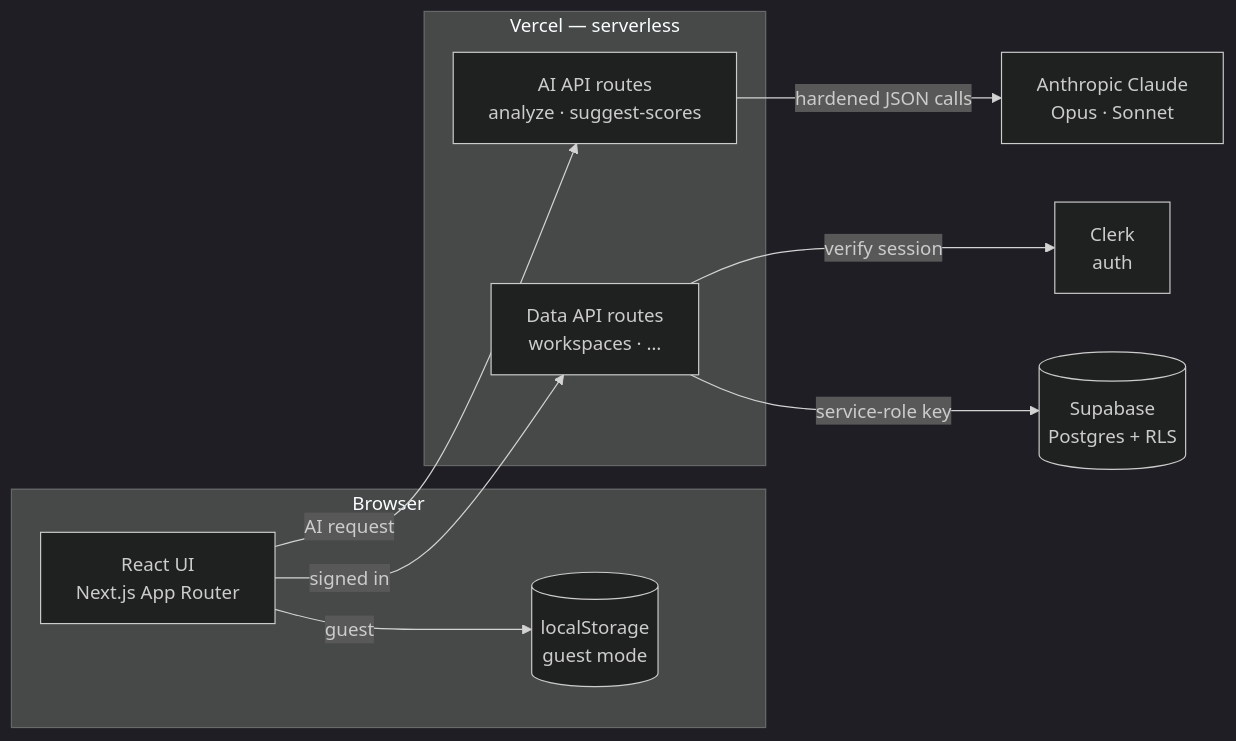
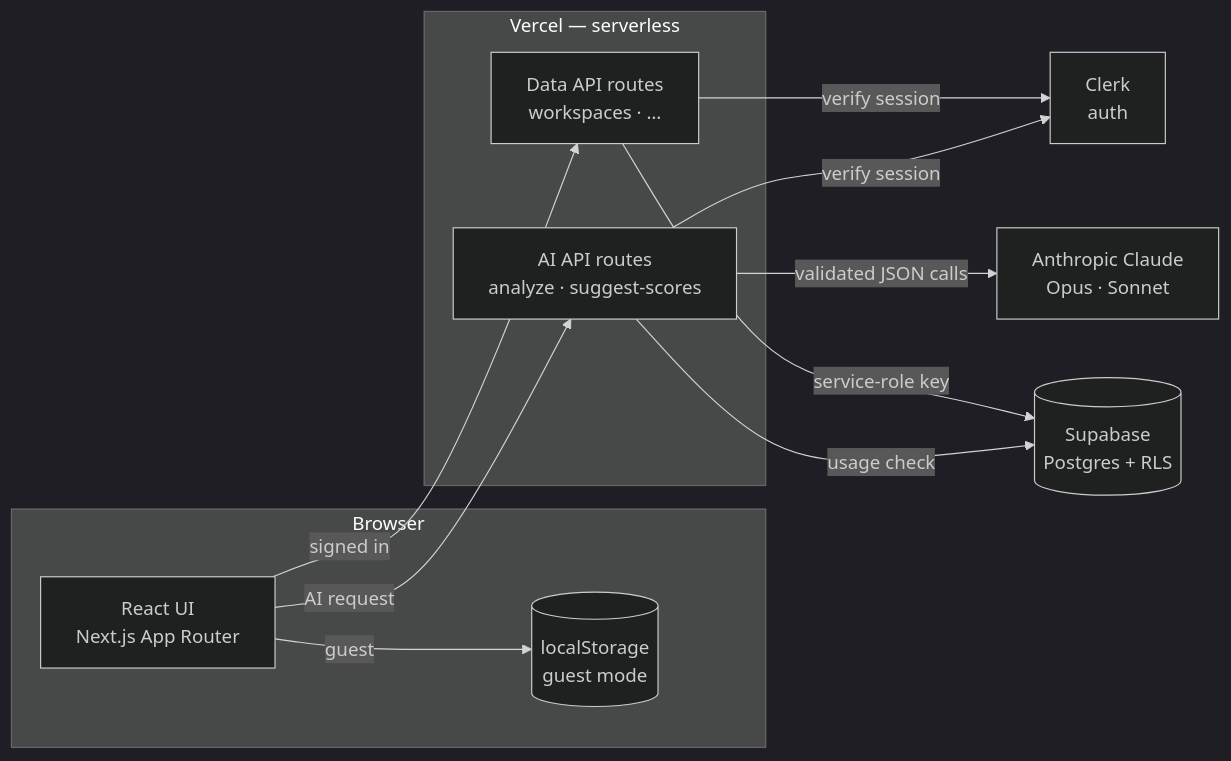
Before and after one commit to kristenmartino/Tarazu: the diagram in README.md, drawn with Mermaid (dark theme). The commit also changed other lines of this file and 31 other files, not shown here.

````diff
--- a/README.md
+++ b/README.md
@@ -60,21 +60,23 @@
 ```mermaid
 flowchart LR
     subgraph Browser
       UI["React UI<br/>Next.js App Router"]
       LS[("localStorage<br/>guest mode")]
     end
     subgraph Vercel["Vercel — serverless"]
       AIAPI["AI API routes<br/>analyze · suggest-scores"]
       DataAPI["Data API routes<br/>workspaces · …"]
     end
     Clerk["Clerk<br/>auth"]
     Supa[("Supabase<br/>Postgres + RLS")]
     Claude["Anthropic Claude<br/>Opus · Sonnet"]
 
     UI -->|guest| LS
     UI -->|AI request| AIAPI
     UI -->|signed in| DataAPI
-    AIAPI -->|hardened JSON calls| Claude
+    AIAPI -->|verify session| Clerk
+    AIAPI -->|usage check| Supa
+    AIAPI -->|validated JSON calls| Claude
     DataAPI -->|verify session| Clerk
     DataAPI -->|service-role key| Supa
 ```
````
